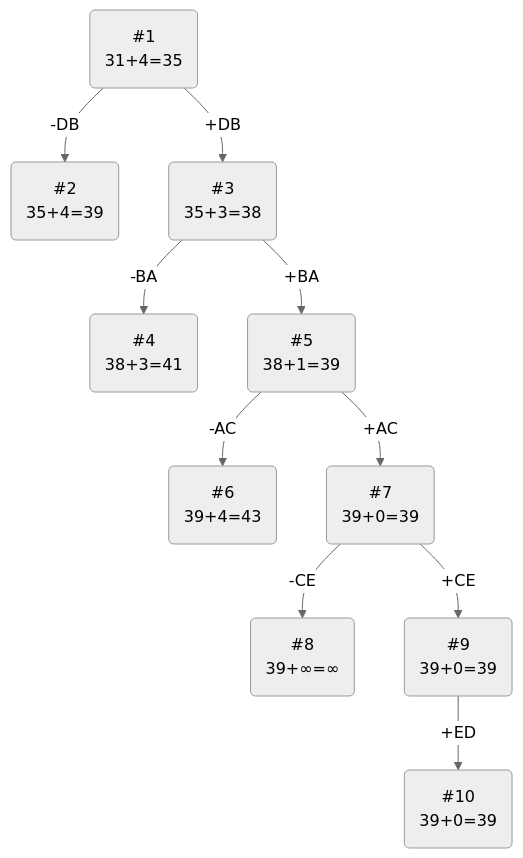
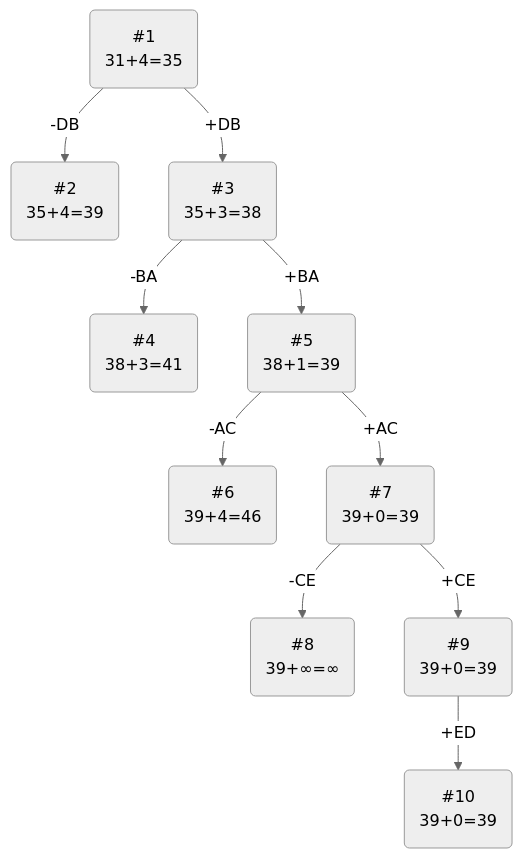
Before and after one commit to hse-algo-24-raven/manual-tasks-raven: the diagram in task-12/give-ten.md, drawn with Mermaid (neutral theme). The commit also changed other lines of this file, not shown here.

````diff
--- a/task-12/give-ten.md
+++ b/task-12/give-ten.md
@@ -70,26 +70,26 @@
 ```mermaid
 graph TB
     1(#1
     31+4=35)-->|-DB|2(#2
     35+4=39)
     1-->|+DB|3(#3
     35+3=38)
 
     3-->|-BA|4(#4
     38+3=41)
     3-->|+BA|5(#5
     38+1=39)
 
     5-->|-AC|6(#6
-    39+4=43)
+    39+4=46)
     5-->|+AC|7(#7
     39+0=39)
 
     7-->|-CE|8(#8
     39+∞=∞)
     7-->|+CE|9(#9
     39+0=39)
 
     9-->|+ED|10(#10
     39+0=39)
 ```
````
